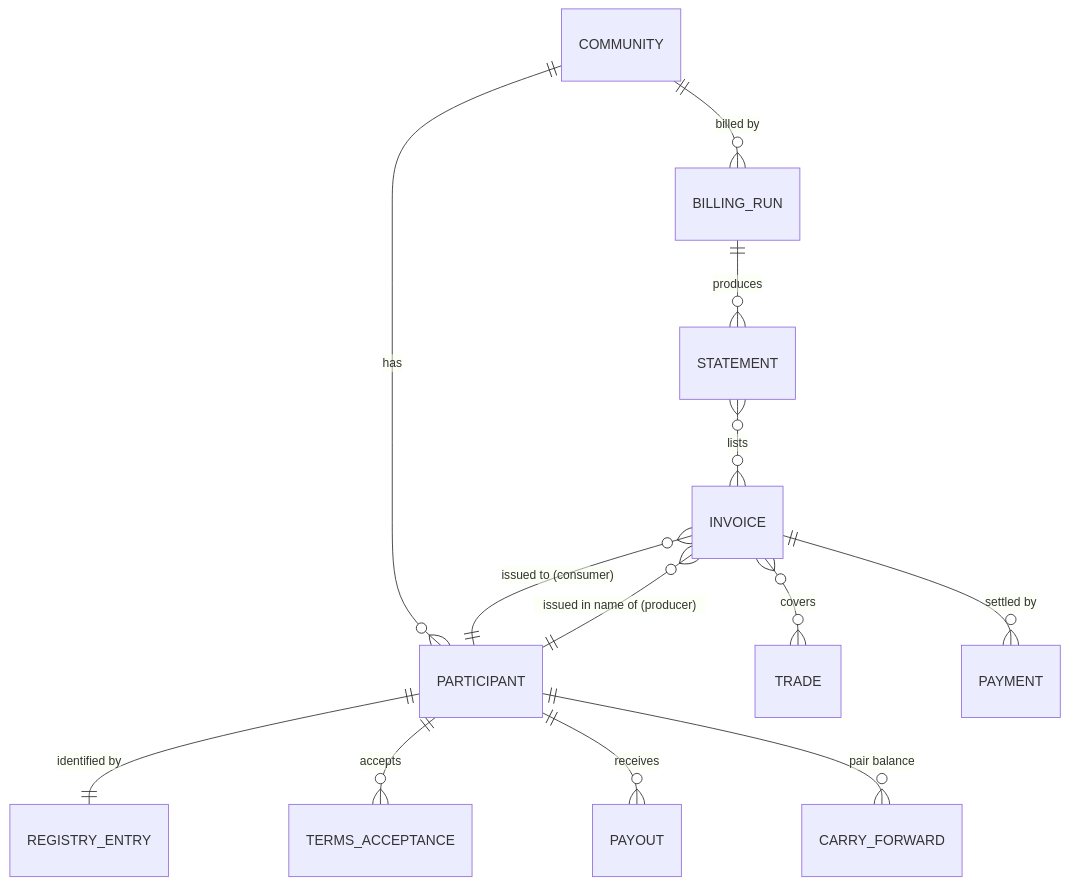
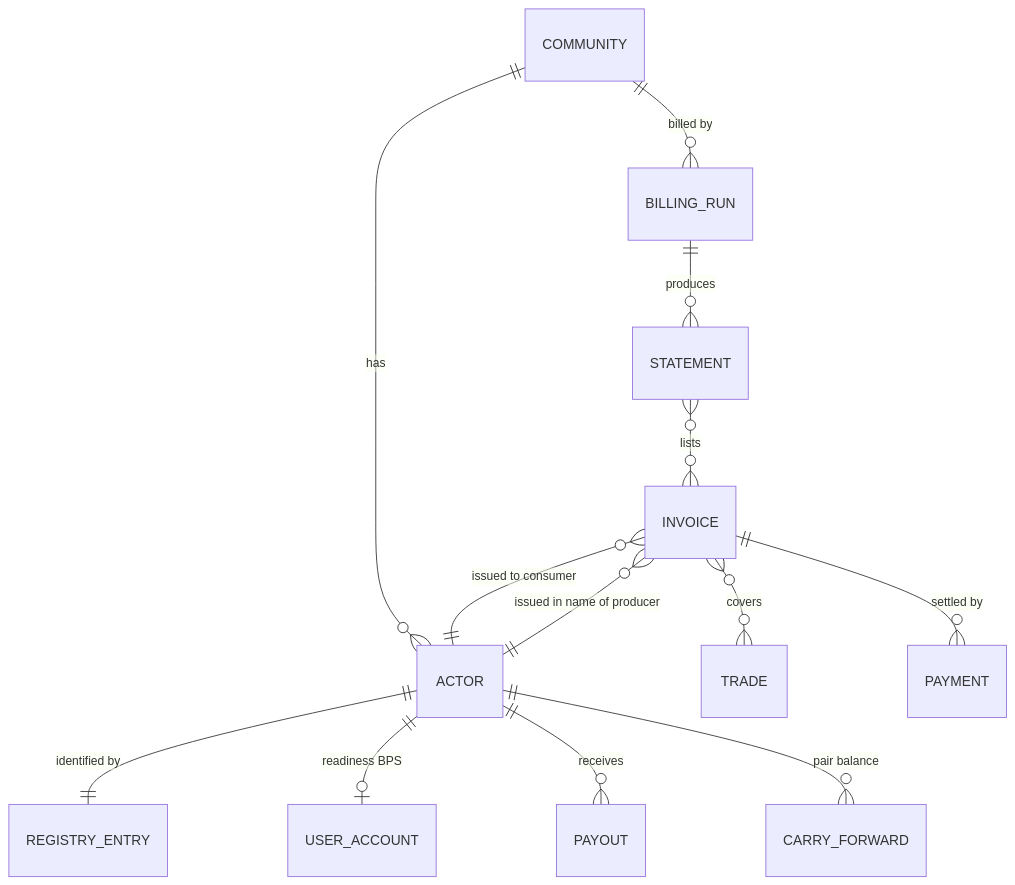
Before and after one commit to blooo-io/intelligent-eu-bps-source: the eighth of 8 diagrams in docs/architecture/01-functional-architecture.md, drawn with Mermaid. The commit also changed other lines of this file and 15 other files, not shown here.

First line of the commit message:
docs(INT-449): ontology datamodel + scenario flows; align EWDS-only UserAccount (#223)

````diff
--- a/docs/architecture/01-functional-architecture.md
+++ b/docs/architecture/01-functional-architecture.md
@@ -287,16 +298,16 @@
 ```mermaid
 %% elk %%
 erDiagram
-  COMMUNITY ||--o{ PARTICIPANT : has
-  PARTICIPANT ||--|| REGISTRY_ENTRY : "identified by"
-  PARTICIPANT ||--o{ TERMS_ACCEPTANCE : accepts
+  COMMUNITY ||--o{ ACTOR : has
+  ACTOR ||--|| REGISTRY_ENTRY : "identified by"
+  ACTOR ||--o| USER_ACCOUNT : "readiness BPS"
   COMMUNITY ||--o{ BILLING_RUN : "billed by"
   BILLING_RUN ||--o{ STATEMENT : produces
   STATEMENT }o--o{ INVOICE : lists
-  INVOICE }o--|| PARTICIPANT : "issued to (consumer)"
-  INVOICE }o--|| PARTICIPANT : "issued in name of (producer)"
+  INVOICE }o--|| ACTOR : "issued to consumer"
+  INVOICE }o--|| ACTOR : "issued in name of producer"
   INVOICE }o--o{ TRADE : covers
   INVOICE ||--o{ PAYMENT : "settled by"
-  PARTICIPANT ||--o{ PAYOUT : receives
-  PARTICIPANT ||--o{ CARRY_FORWARD : "pair balance"
+  ACTOR ||--o{ PAYOUT : receives
+  ACTOR ||--o{ CARRY_FORWARD : "pair balance"
 ```
````
